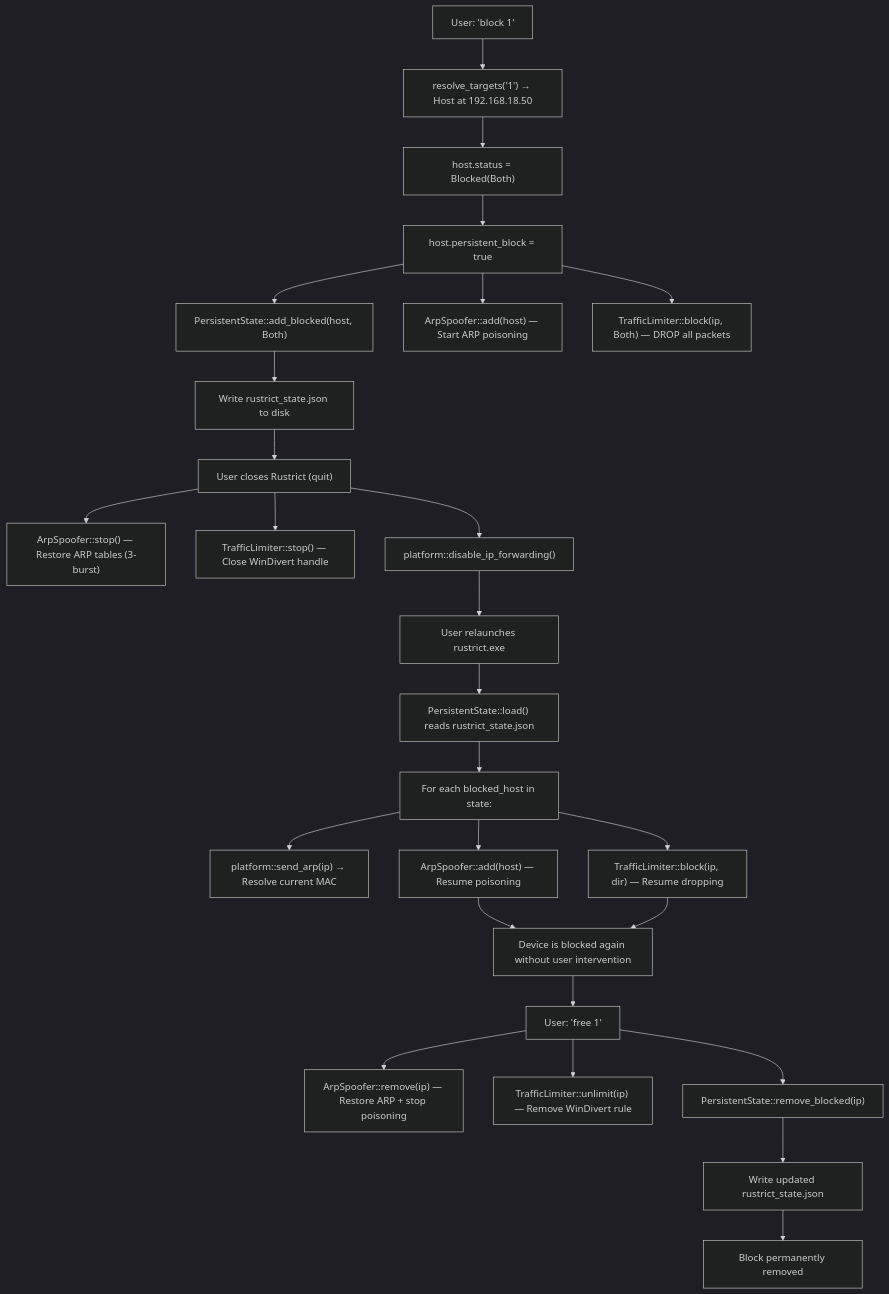
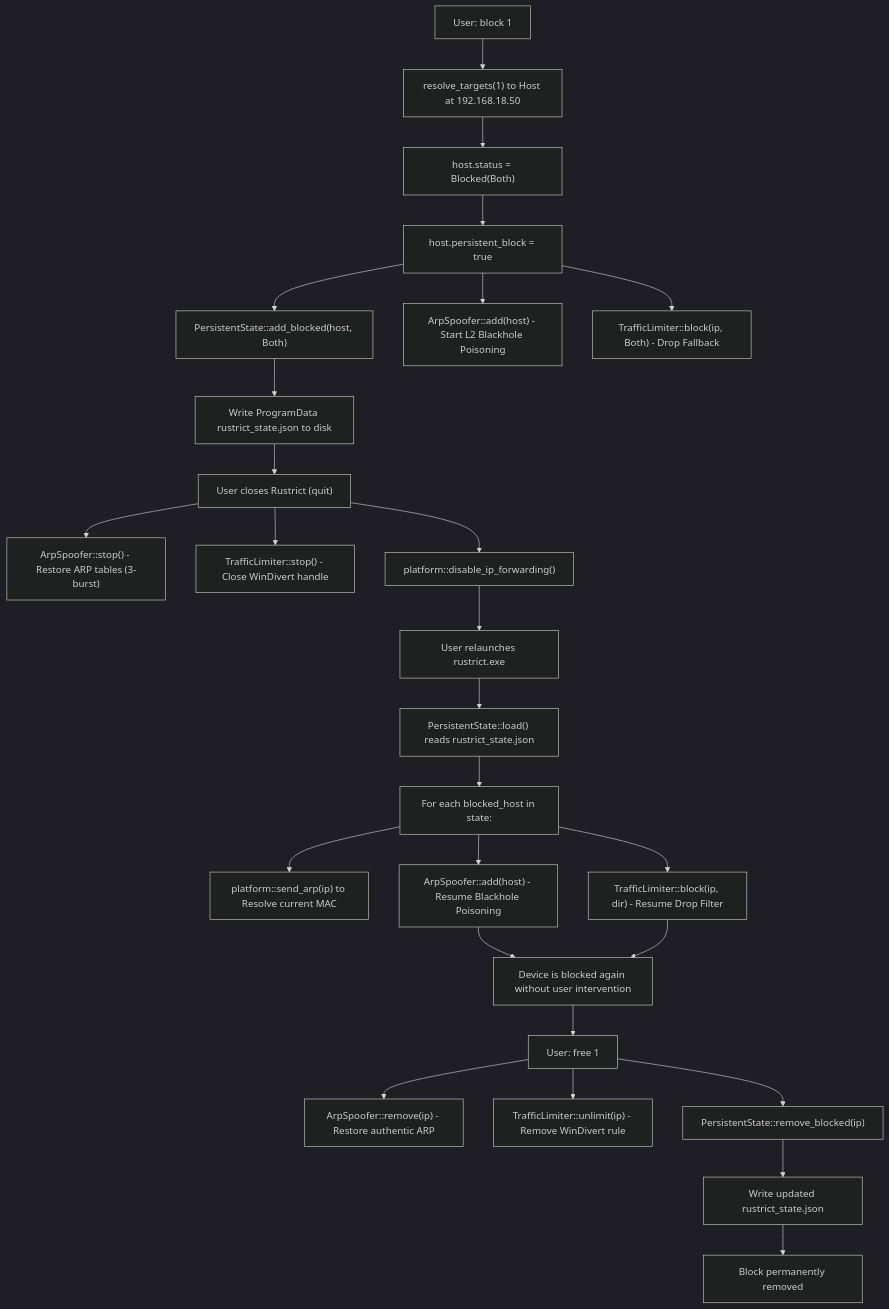
One commit to Neutron-0/Rustrict changed diagram 14 of 14 in README.md. Above: the diagram before and after it, drawn with Mermaid (dark theme). The commit also changed other lines of this file and 1 other file, not shown here.

First line of the commit message:
docs(readme,changelog): fix Mermaid diagram syntax and document L2 blackholing

````diff
--- a/README.md
+++ b/README.md
@@ -774,34 +772,34 @@
 ```mermaid
 flowchart TD
-    A["User: 'block 1'"] --> B["resolve_targets('1') → Host at 192.168.18.50"]
+    A["User: block 1"] --> B["resolve_targets(1) to Host at 192.168.18.50"]
     B --> C["host.status = Blocked(Both)"]
     C --> D["host.persistent_block = true"]
 
     D --> E["PersistentState::add_blocked(host, Both)"]
-    E --> F["Write rustrict_state.json to disk"]
+    E --> F["Write ProgramData rustrict_state.json to disk"]
 
-    D --> G["ArpSpoofer::add(host) — Start ARP poisoning"]
-    D --> H["TrafficLimiter::block(ip, Both) — DROP all packets"]
+    D --> G["ArpSpoofer::add(host) - Start L2 Blackhole Poisoning"]
+    D --> H["TrafficLimiter::block(ip, Both) - Drop Fallback"]
 
     F --> I["User closes Rustrict (quit)"]
-    I --> J["ArpSpoofer::stop() — Restore ARP tables (3-burst)"]
-    I --> K["TrafficLimiter::stop() — Close WinDivert handle"]
+    I --> J["ArpSpoofer::stop() - Restore ARP tables (3-burst)"]
+    I --> K["TrafficLimiter::stop() - Close WinDivert handle"]
     I --> L["platform::disable_ip_forwarding()"]
 
     L --> M["User relaunches rustrict.exe"]
     M --> N["PersistentState::load() reads rustrict_state.json"]
     N --> O["For each blocked_host in state:"]
-    O --> P["platform::send_arp(ip) → Resolve current MAC"]
-    O --> Q["ArpSpoofer::add(host) — Resume poisoning"]
-    O --> R["TrafficLimiter::block(ip, dir) — Resume dropping"]
+    O --> P["platform::send_arp(ip) to Resolve current MAC"]
+    O --> Q["ArpSpoofer::add(host) - Resume Blackhole Poisoning"]
+    O --> R["TrafficLimiter::block(ip, dir) - Resume Drop Filter"]
 
     Q --> S["Device is blocked again without user intervention"]
     R --> S
 
-    S --> T["User: 'free 1'"]
-    T --> U["ArpSpoofer::remove(ip) — Restore ARP + stop poisoning"]
-    T --> V["TrafficLimiter::unlimit(ip) — Remove WinDivert rule"]
+    S --> T["User: free 1"]
+    T --> U["ArpSpoofer::remove(ip) - Restore authentic ARP"]
+    T --> V["TrafficLimiter::unlimit(ip) - Remove WinDivert rule"]
     T --> W["PersistentState::remove_blocked(ip)"]
     W --> X["Write updated rustrict_state.json"]
     X --> Y["Block permanently removed"]
 ```
````
